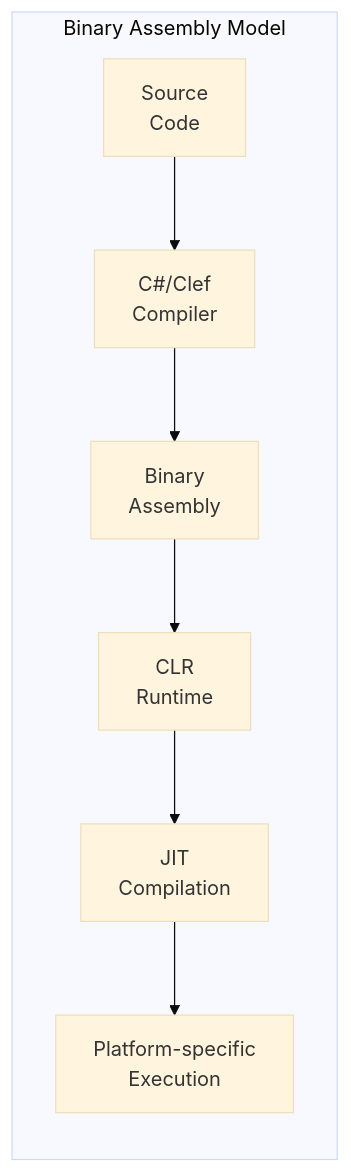
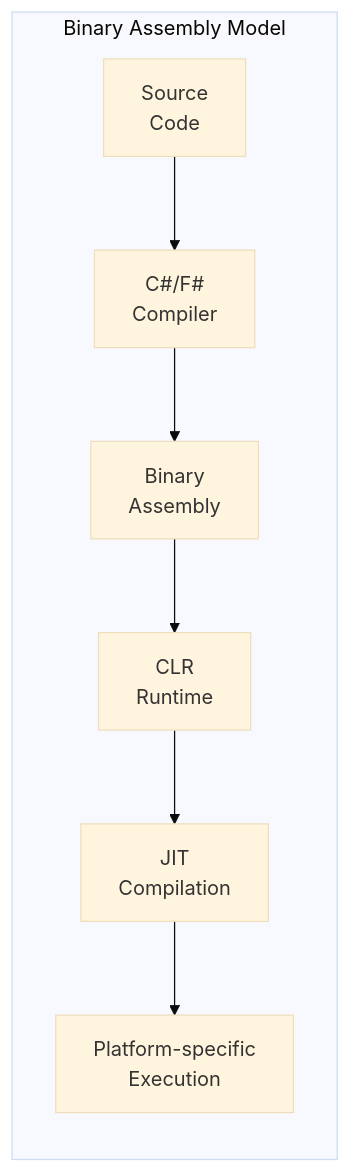
One commit to FidelityFramework/clef-lang-site changed the first of 5 diagrams in hugo/content/blog/seeing-beyond-assemblies.md. Above: the diagram before and after it, drawn with Mermaid (base theme). The commit also changed other lines of this file, not shown here.

````diff
--- a/hugo/content/blog/seeing-beyond-assemblies.md
+++ b/hugo/content/blog/seeing-beyond-assemblies.md
@@ -28,11 +28,11 @@
 ```mermaid
 flowchart LR
     subgraph DotNetAssembly["Binary Assembly Model"]
         direction TB
-        Source["Source<br>Code"] --> Compiler["C#/Clef<br>Compiler"]
+        Source["Source<br>Code"] --> Compiler["C#/F#<br>Compiler"]
         Compiler --> Assembly["Binary<br>Assembly"]
         Assembly --> Runtime["CLR<br>Runtime"]
         Runtime --> JIT["JIT<br>Compilation"]
         JIT --> NativeExecution["Platform-specific<br>Execution"]
     end
 ```
````
